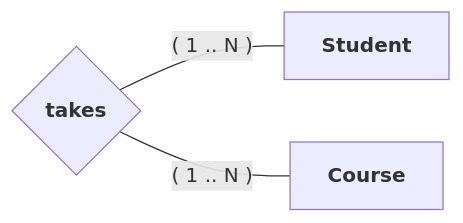
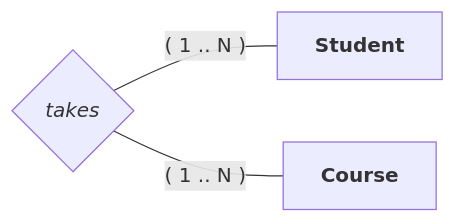
Before and after one commit to angelromarco04/MyNotes: the third of 7 diagrams in Programming/Databases/data/Theory/RModel.md, drawn with Mermaid. The commit also changed other lines of this file, not shown here.

````diff
--- a/Programming/Databases/data/Theory/RModel.md
+++ b/Programming/Databases/data/Theory/RModel.md
@@ -81,9 +81,9 @@
 ```mermaid
 flowchart LR
 	id2 -- ( 1 .. N ) --- id1
 	id2 -- ( 1 .. N ) --- id3
 
 	id1["`**Student**`"]
-	id2{"`**takes**`"}
+	id2{"`*takes*`"}
 	id3["`**Course**`"]
 ```
````
